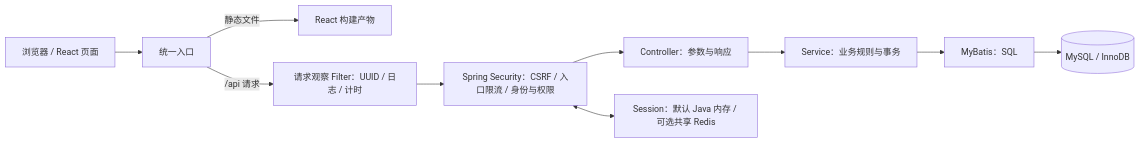
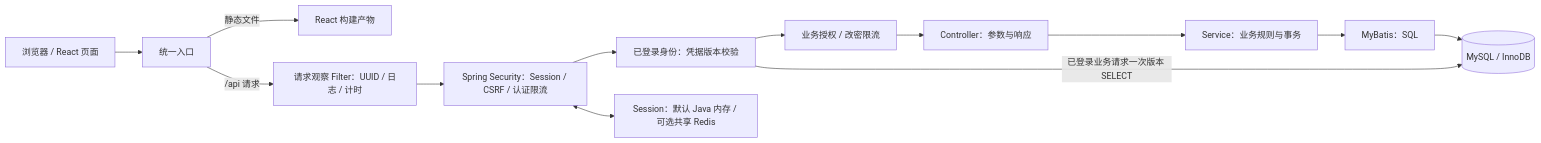
The first of 2 diagrams in docs/architecture.md (GTASDAW/MYCODE), drawn with Mermaid before and after one commit. The commit also changed other lines of this file and 5 other files, not shown here.

````diff
--- a/docs/architecture.md
+++ b/docs/architecture.md
@@ -19,12 +19,15 @@
 ```mermaid
 flowchart LR
     B[浏览器 / React 页面] --> P[统一入口]
     P -->|静态文件| F[React 构建产物]
     P -->|/api 请求| O[请求观察 Filter：UUID / 日志 / 计时]
-    O --> S[Spring Security：CSRF / 入口限流 / 身份与权限]
-    S --> C[Controller：参数与响应]
+    O --> S[Spring Security：Session / CSRF / 认证限流]
+    S --> K[已登录身份：凭据版本校验]
+    K --> A[业务授权 / 改密限流]
+    A --> C[Controller：参数与响应]
     C --> V[Service：业务规则与事务]
     V --> M[MyBatis：SQL]
     M --> D[(MySQL / InnoDB)]
+    K -->|已登录业务请求一次版本 SELECT| D
     S <--> H[Session：默认 Java 内存 / 可选共享 Redis]
 ```
````
